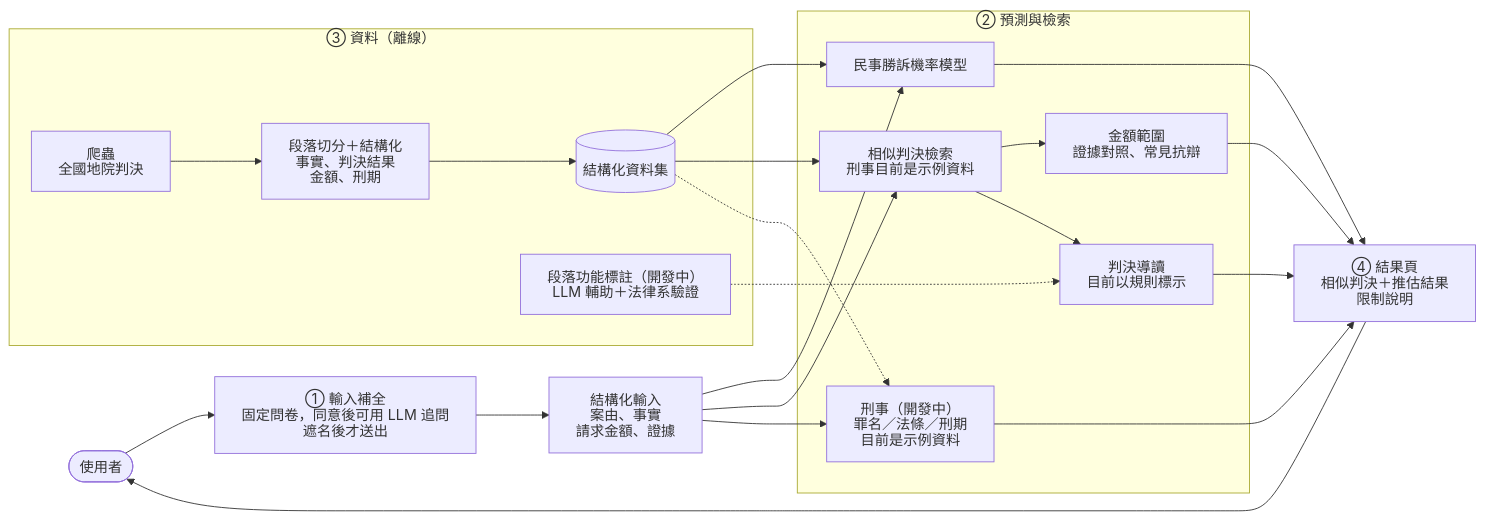
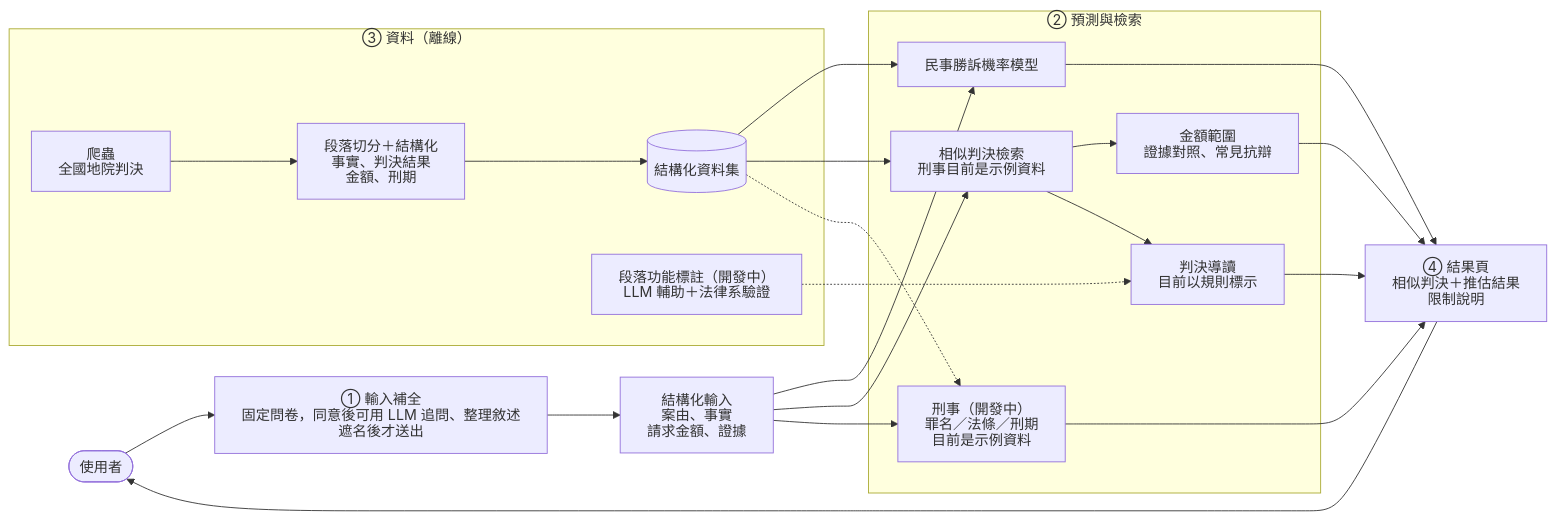
Before and after one commit to yuzuEN/JudgementDigest: the diagram in README.md, drawn with Mermaid. The commit also changed other lines of this file and 18 other files, not shown here.

````diff
--- a/README.md
+++ b/README.md
@@ -27,28 +27,28 @@
 ```mermaid
 %%{init: {"htmlLabels": false, "flowchart": {"htmlLabels": false, "wrappingWidth": 400}}}%%
 flowchart LR
-    U([使用者]) --> FE["① 輸入補全<br/>固定問卷，同意後可用 LLM 追問<br/>遮名後才送出"]
+    U([使用者]) --> FE["① 輸入補全<br/>固定問卷，同意後可用 LLM 追問、整理敘述<br/>遮名後才送出"]
     FE --> IN["結構化輸入<br/>案由、事實<br/>請求金額、證據"]
 
     subgraph BE["② 預測與檢索"]
         CIV["民事勝訴機率模型"]
         RET["相似判決檢索<br/>刑事目前是示例資料"]
         AMT["金額範圍<br/>證據對照、常見抗辯"]
         ANN["判決導讀<br/>目前以規則標示"]
         CRI["刑事（開發中）<br/>罪名／法條／刑期<br/>目前是示例資料"]
         RET --> AMT & ANN
     end
 
     subgraph DATA["③ 資料（離線）"]
         CR["爬蟲<br/>全國地院判決"] --> ST["段落切分＋結構化<br/>事實、判決結果<br/>金額、刑期"]
         ST --> DS[("結構化資料集")]
         TAG["段落功能標註（開發中）<br/>LLM 輔助＋法律系驗證"]
     end
 
     IN --> CIV & RET & CRI
     DS --> CIV & RET
     DS -.-> CRI
     TAG -.-> ANN
     CIV & AMT & ANN & CRI --> OUT["④ 結果頁<br/>相似判決＋推估結果<br/>限制說明"]
     OUT --> U
 ```
````
